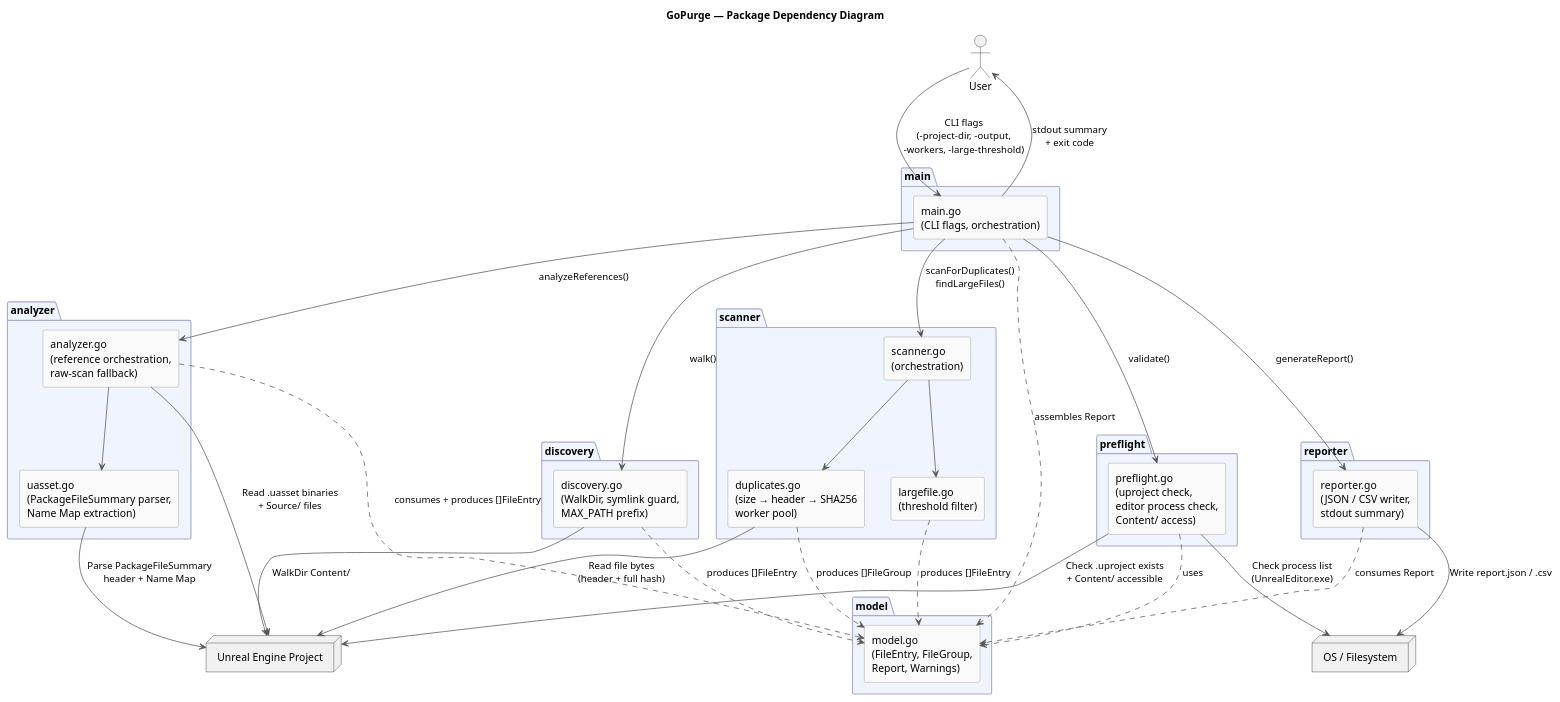
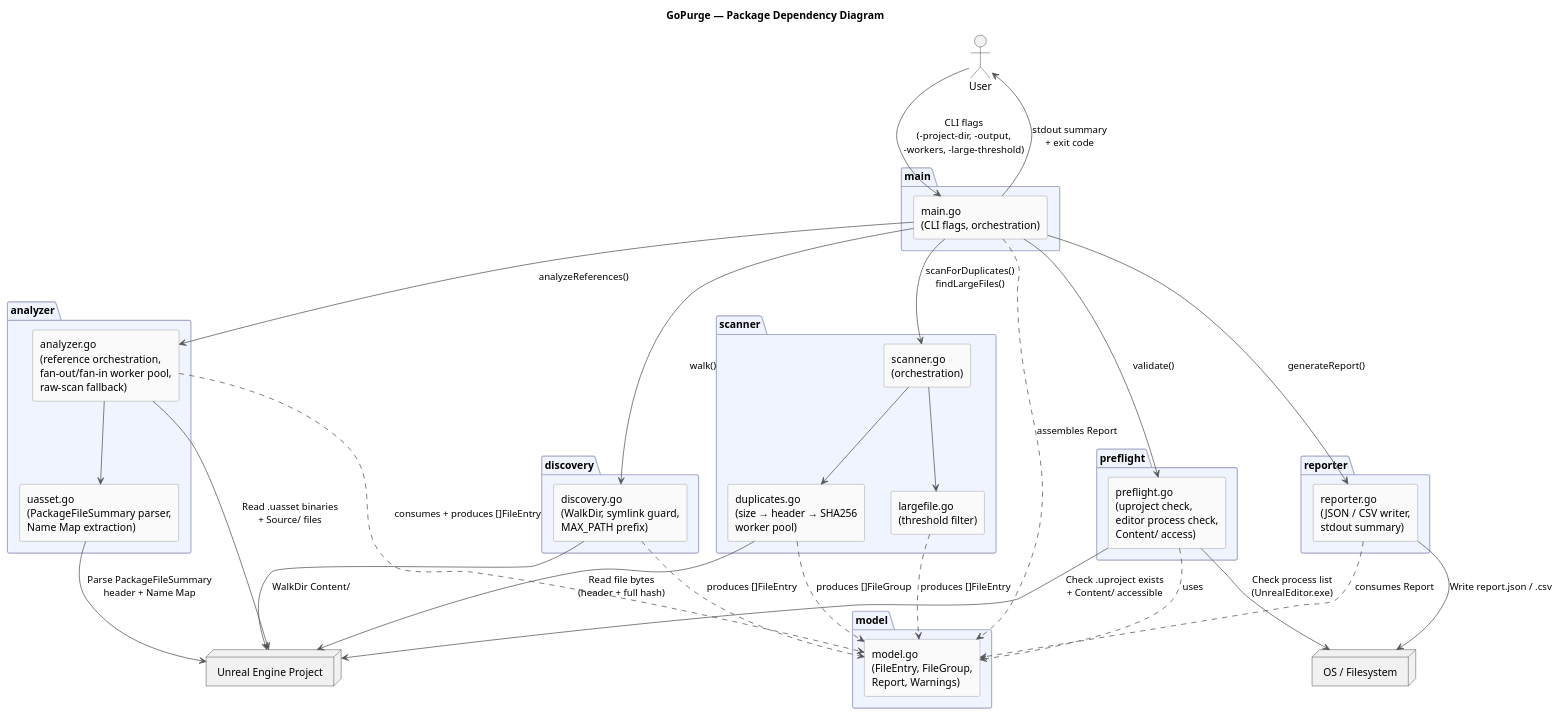
The diagram in components.puml (DunderGG/gopurge), drawn with PlantUML before and after one commit. The commit also changed 6 other files, not shown here.

Commit message:
Make the Analyzer reference analysis parallellized

```diff
--- a/components.puml
+++ b/components.puml
@@ -1,83 +1,83 @@
 @startuml GoPurge Component Diagram
 
 skinparam componentStyle rectangle
 skinparam ArrowColor #555555
 skinparam ComponentBackgroundColor #FAFAFA
 skinparam ComponentBorderColor #888888
 skinparam PackageBackgroundColor #F0F4FF
 skinparam PackageBorderColor #AAAACC
 skinparam NoteBackgroundColor #FFFDE7
 skinparam NoteBorderColor #CCBB44
 
 title GoPurge — Package Dependency Diagram
 
 ' ── EXTERNAL BOUNDARY ────────────────────────────────────────────────────────
 actor User
 node "OS / Filesystem" as OS
 node "Unreal Engine Project" as UEProject
 
 ' ── PACKAGES ─────────────────────────────────────────────────────────────────
 package "main" {
     [main.go\n(CLI flags, orchestration)] as Main
 }
 
 package "preflight" {
     [preflight.go\n(uproject check,\neditor process check,\nContent/ access)] as Preflight
 }
 
 package "discovery" {
     [discovery.go\n(WalkDir, symlink guard,\nMAX_PATH prefix)] as Discovery
 }
 
 package "scanner" {
     [scanner.go\n(orchestration)] as ScannerOrch
     [duplicates.go\n(size → header → SHA256\nworker pool)] as Duplicates
     [largefile.go\n(threshold filter)] as LargeFile
 }
 
 package "analyzer" {
-    [analyzer.go\n(reference orchestration,\nraw-scan fallback)] as Analyzer
+    [analyzer.go\n(reference orchestration,\nfan-out/fan-in worker pool,\nraw-scan fallback)] as Analyzer
     [uasset.go\n(PackageFileSummary parser,\nName Map extraction)] as UAssetParser
 }
 
 package "reporter" {
     [reporter.go\n(JSON / CSV writer,\nstdout summary)] as Reporter
 }
 
 package "model" {
     [model.go\n(FileEntry, FileGroup,\nReport, Warnings)] as Model
 }
 
 ' ── USER & FILESYSTEM INTERACTIONS ───────────────────────────────────────────
 User --> Main : CLI flags\n(-project-dir, -output,\n-workers, -large-threshold)
 Main --> User : stdout summary\n+ exit code
 
 Preflight --> OS         : Check process list\n(UnrealEditor.exe)
 Preflight --> UEProject  : Check .uproject exists\n+ Content/ accessible
 Discovery --> UEProject  : WalkDir Content/
 Duplicates --> UEProject : Read file bytes\n(header + full hash)
 Analyzer --> UEProject  : Read .uasset binaries\n+ Source/ files
 UAssetParser --> UEProject : Parse PackageFileSummary\nheader + Name Map
 Reporter --> OS         : Write report.json / .csv
 
 ' ── INTER-PACKAGE DEPENDENCIES ───────────────────────────────────────────────
 Main --> Preflight  : validate()
 Main --> Discovery  : walk()
 Main --> ScannerOrch : scanForDuplicates()\nfindLargeFiles()
 Main --> Analyzer   : analyzeReferences()
 Main --> Reporter   : generateReport()
 
 ScannerOrch --> Duplicates
 ScannerOrch --> LargeFile
 Analyzer --> UAssetParser
 
 ' ── model is consumed by all (no arrows back up to avoid clutter) ─────────────
 Preflight  ..> Model : uses
 Discovery  ..> Model : produces []FileEntry
 Duplicates ..> Model : produces []FileGroup
 LargeFile  ..> Model : produces []FileEntry
 Analyzer   ..> Model : consumes + produces []FileEntry
 Reporter   ..> Model : consumes Report
 Main       ..> Model : assembles Report
 
 @enduml
```
